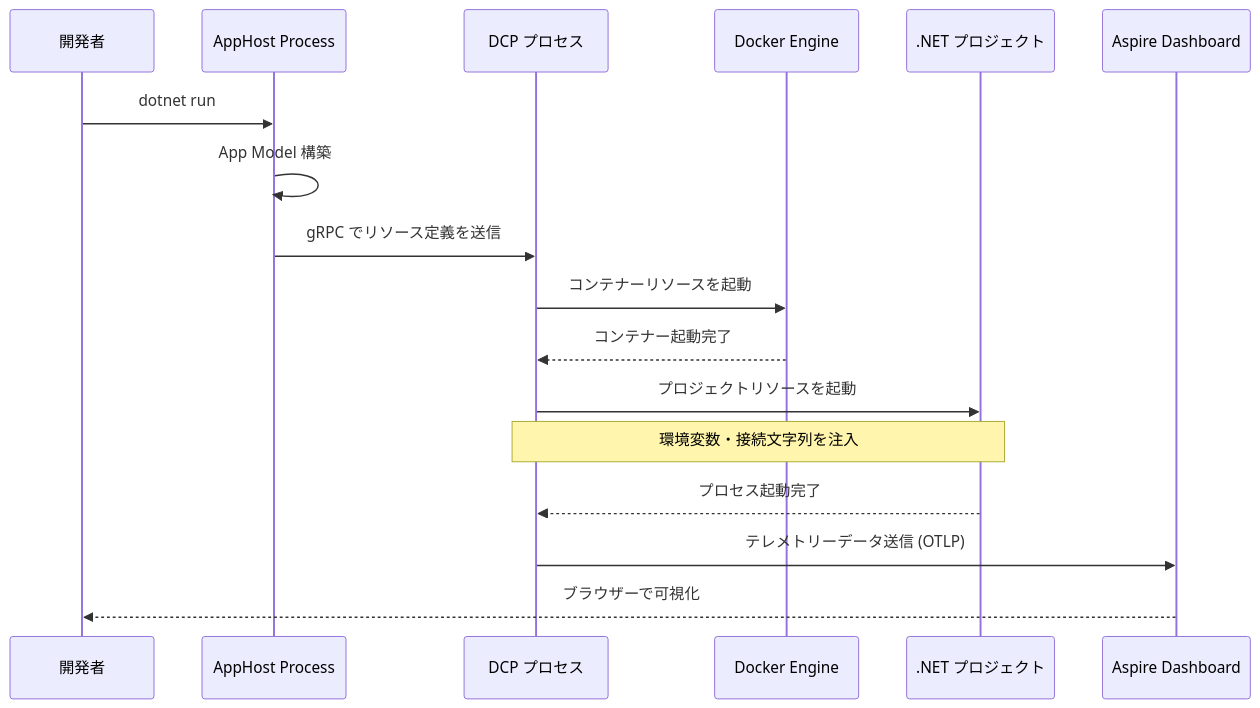
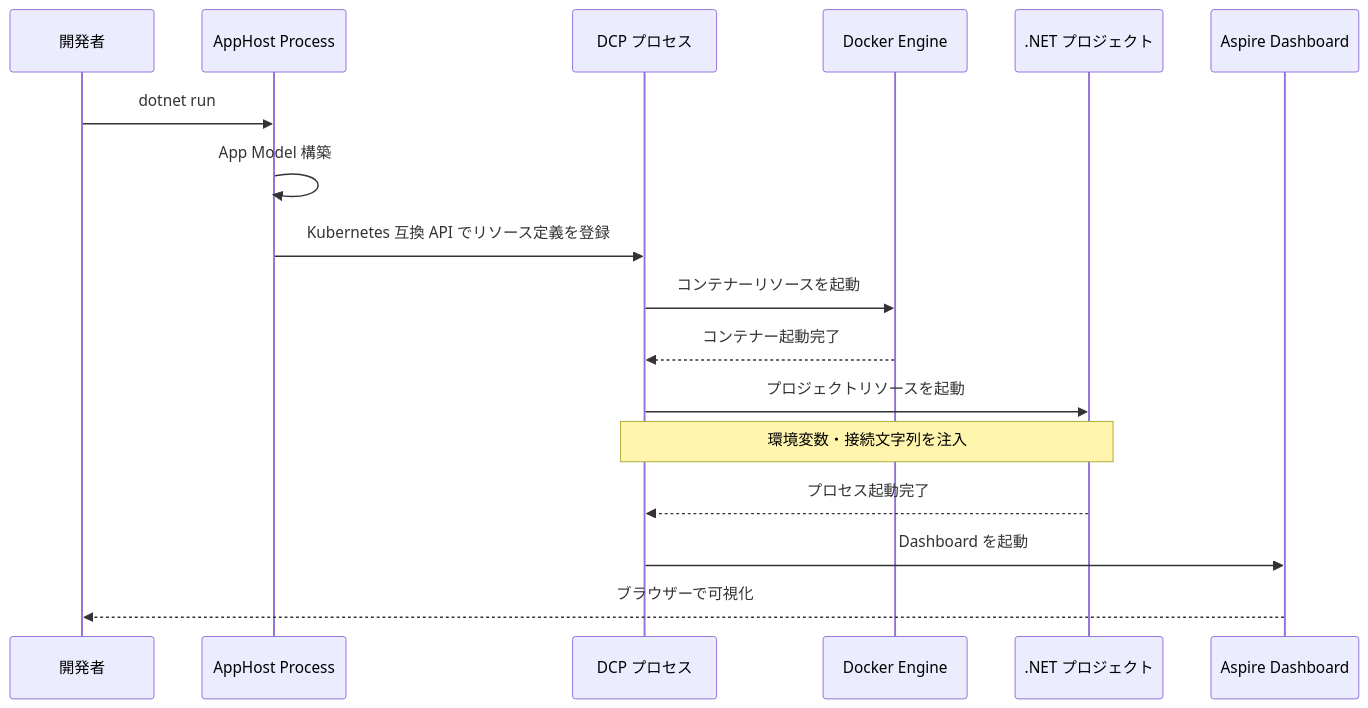
One commit to yoichiozaki/yoichiozaki.github.io changed the fourth of 18 diagrams in content/blog/ja/dotnet-aspire.mdx. Above: the diagram before and after it, drawn with Mermaid. The commit also changed other lines of this file and 116 other files, not shown here.

````diff
--- a/content/blog/ja/dotnet-aspire.mdx
+++ b/content/blog/ja/dotnet-aspire.mdx
@@ -280,20 +278,20 @@
 ```mermaid
 sequenceDiagram
     participant Dev as 開発者
     participant AppHost as AppHost Process
     participant DCP as DCP プロセス
     participant Docker as Docker Engine
     participant Project as .NET プロジェクト
     participant Dashboard as Aspire Dashboard
 
     Dev->>AppHost: dotnet run
     AppHost->>AppHost: App Model 構築
-    AppHost->>DCP: gRPC でリソース定義を送信
+    AppHost->>DCP: Kubernetes 互換 API でリソース定義を登録
     DCP->>Docker: コンテナーリソースを起動
     Docker-->>DCP: コンテナー起動完了
     DCP->>Project: プロジェクトリソースを起動
     Note over DCP,Project: 環境変数・接続文字列を注入
     Project-->>DCP: プロセス起動完了
-    DCP->>Dashboard: テレメトリーデータ送信 (OTLP)
+    DCP->>Dashboard: Dashboard を起動
     Dashboard-->>Dev: ブラウザーで可視化
 ```
````
